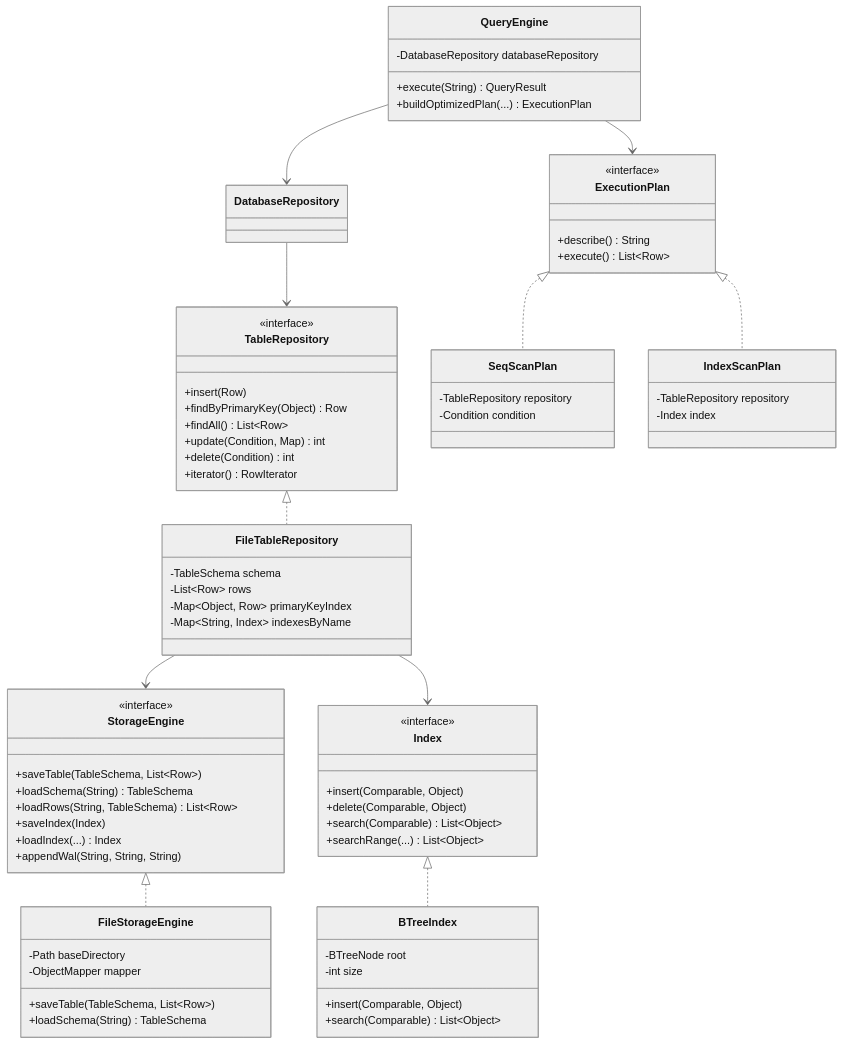
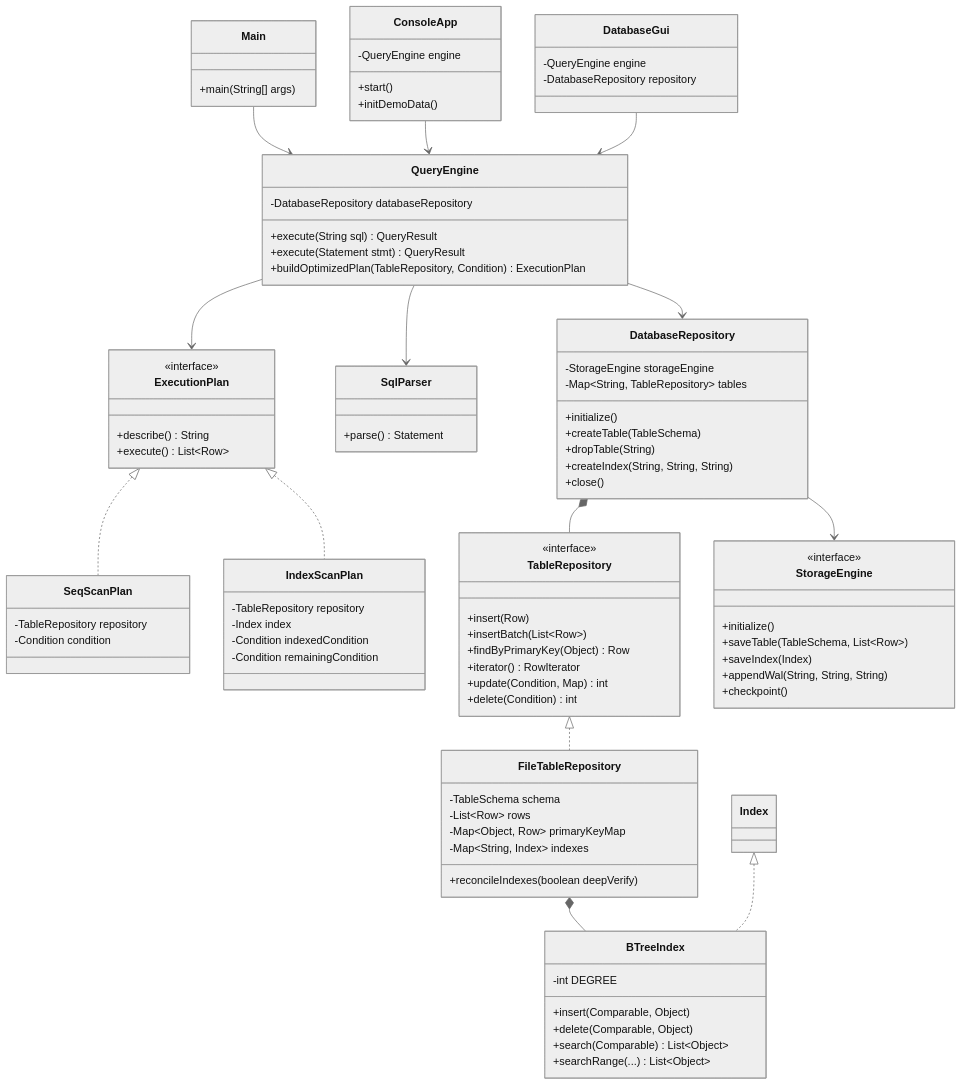
Before and after one commit to DanislonZombovich/java-lab2: the first of 3 diagrams in README.md, drawn with Mermaid (neutral theme). The commit also changed other lines of this file and 46 other files, not shown here.

Commit message:
fix: improve B-Tree performance and deletion, crash recovery, SQL parser, Javadoc, and README

````diff
--- a/README.md
+++ b/README.md
@@ -92,57 +56,23 @@
 ```mermaid
 classDiagram
-    class StorageEngine {
-        <<interface>>
-        +saveTable(TableSchema, List~Row~)
-        +loadSchema(String) TableSchema
-        +loadRows(String, TableSchema) List~Row~
-        +saveIndex(Index)
-        +loadIndex(...) Index
-        +appendWal(String, String, String)
+    class Main {
+        +main(String[] args)
     }
-
-    class FileStorageEngine {
-        -Path baseDirectory
-        -ObjectMapper mapper
-        +saveTable(TableSchema, List~Row~)
-        +loadSchema(String) TableSchema
+    class ConsoleApp {
+        -QueryEngine engine
+        +start()
+        +initDemoData()
     }
-    StorageEngine <|.. FileStorageEngine
-
-    class Index {
-        <<interface>>
-        +insert(Comparable, Object)
-        +delete(Comparable, Object)
-        +search(Comparable) List~Object~
-        +searchRange(...) List~Object~
+    class DatabaseGui {
+        -QueryEngine engine
+        -DatabaseRepository repository
     }
-
-    class BTreeIndex {
-        -BTreeNode root
-        -int size
-        +insert(Comparable, Object)
-        +search(Comparable) List~Object~
+    class QueryEngine {
+        -DatabaseRepository databaseRepository
+        +execute(String sql) QueryResult
+        +execute(Statement stmt) QueryResult
+        +buildOptimizedPlan(TableRepository, Condition) ExecutionPlan
     }
-    Index <|.. BTreeIndex
-
-    class TableRepository {
-        <<interface>>
-        +insert(Row)
-        +findByPrimaryKey(Object) Row
-        +findAll() List~Row~
-        +update(Condition, Map) int
-        +delete(Condition) int
-        +iterator() RowIterator
-    }
-
-    class FileTableRepository {
-        -TableSchema schema
-        -List~Row~ rows
-        -Map~Object, Row~ primaryKeyIndex
-        -Map~String, Index~ indexesByName
-    }
-    TableRepository <|.. FileTableRepository
-
     class ExecutionPlan {
         <<interface>>
         +describe() String
@@ -155,19 +85,64 @@
     class IndexScanPlan {
         -TableRepository repository
         -Index index
+        -Condition indexedCondition
+        -Condition remainingCondition
     }
+    class SqlParser {
+        +parse() Statement
+    }
+    class DatabaseRepository {
+        -StorageEngine storageEngine
+        -Map~String, TableRepository~ tables
+        +initialize()
+        +createTable(TableSchema)
+        +dropTable(String)
+        +createIndex(String, String, String)
+        +close()
+    }
+    class TableRepository {
+        <<interface>>
+        +insert(Row)
+        +insertBatch(List~Row~)
+        +findByPrimaryKey(Object) Row
+        +iterator() RowIterator
+        +update(Condition, Map) int
+        +delete(Condition) int
+    }
+    class FileTableRepository {
+        -TableSchema schema
+        -List~Row~ rows
+        -Map~Object, Row~ primaryKeyMap
+        -Map~String, Index~ indexes
+        +reconcileIndexes(boolean deepVerify)
+    }
+    class StorageEngine {
+        <<interface>>
+        +initialize()
+        +saveTable(TableSchema, List~Row~)
+        +saveIndex(Index)
+        +appendWal(String, String, String)
+        +checkpoint()
+    }
+    class BTreeIndex {
+        -int DEGREE
+        +insert(Comparable, Object)
+        +delete(Comparable, Object)
+        +search(Comparable) List~Object~
+        +searchRange(...) List~Object~
+    }
+
+    Main --> QueryEngine
+    ConsoleApp --> QueryEngine
+    DatabaseGui --> QueryEngine
+    QueryEngine --> SqlParser
+    QueryEngine --> DatabaseRepository
+    QueryEngine --> ExecutionPlan
     ExecutionPlan <|.. SeqScanPlan
     ExecutionPlan <|.. IndexScanPlan
-
-    class QueryEngine {
-        -DatabaseRepository databaseRepository
-        +execute(String) QueryResult
-        +buildOptimizedPlan(...) ExecutionPlan
-    }
-
-    QueryEngine --> DatabaseRepository
-    QueryEngine --> ExecutionPlan
-    DatabaseRepository --> TableRepository
-    FileTableRepository --> StorageEngine
-    FileTableRepository --> Index
+    DatabaseRepository *-- TableRepository
+    DatabaseRepository --> StorageEngine
+    TableRepository <|.. FileTableRepository
+    FileTableRepository *-- BTreeIndex
+    Index <|.. BTreeIndex
 ```
````
